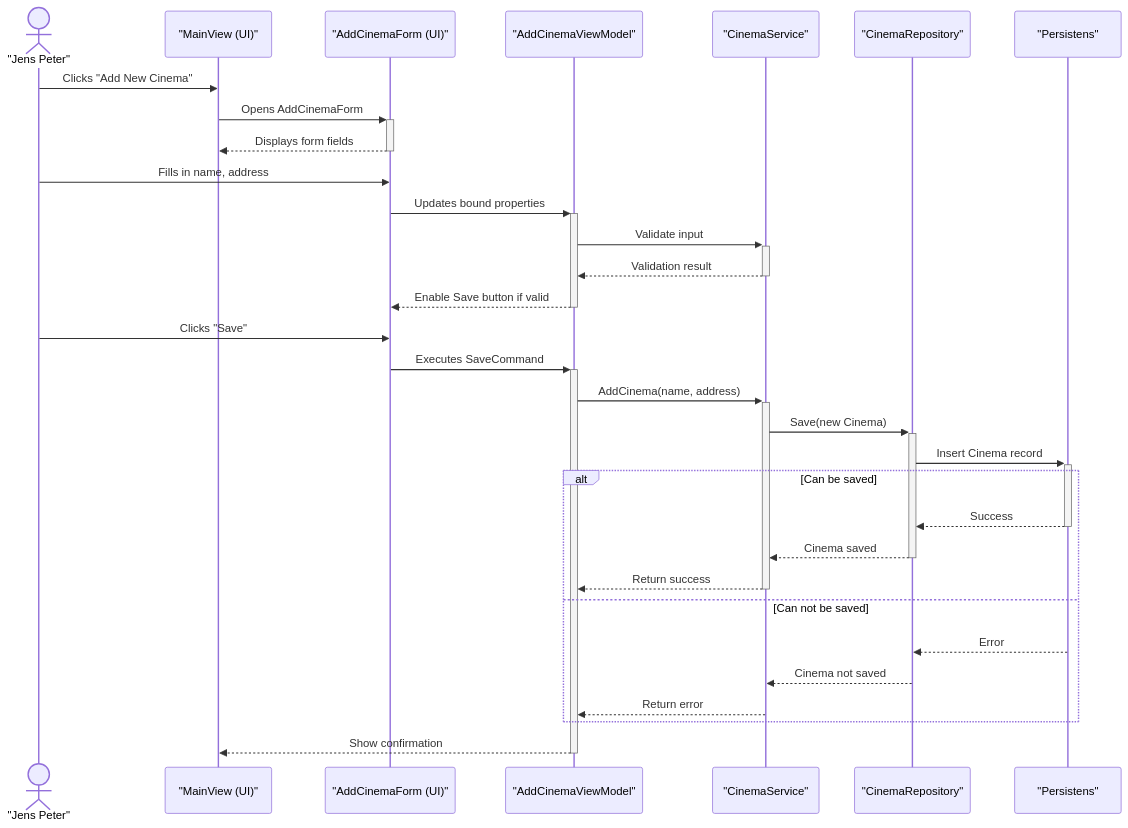
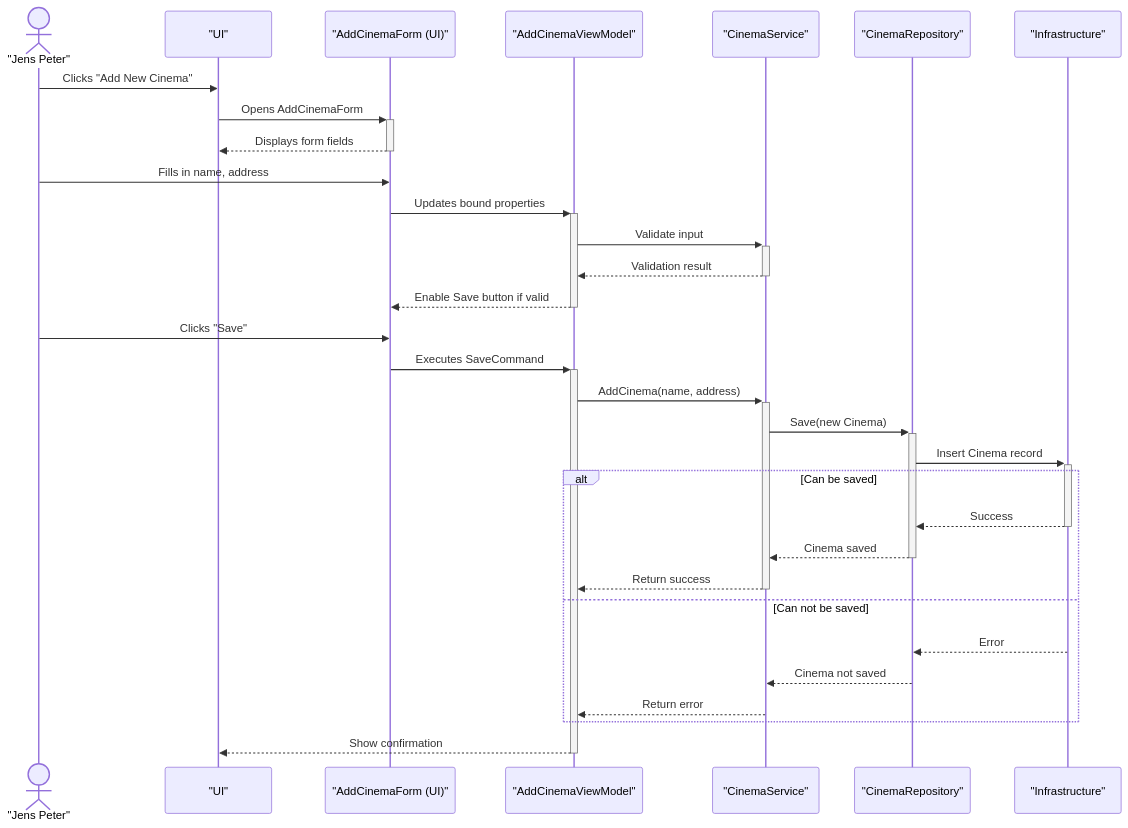
One commit to DMOoF25/TheMovie changed the diagram in docs/SD S2 UC1.mmd. Above: the diagram before and after it, drawn with Mermaid.

Commit message:
Update SD S2 UC1.mmd

```diff
--- a/docs/SD S2 UC1.mmd
+++ b/docs/SD S2 UC1.mmd
@@ -1,36 +1,36 @@
 sequenceDiagram
     actor JensPeter as "Jens Peter"
-    participant UI as "MainView (UI)"
+    participant UI as "UI"
     participant Form as "AddCinemaForm (UI)"
     participant VM as "AddCinemaViewModel"
     participant Service as "CinemaService"
     participant Repo as "CinemaRepository"
-    participant DB as "Persistens"
+    participant DB as "Infrastructure"
 
     JensPeter->>UI: Clicks "Add New Cinema"
     UI->>+Form: Opens AddCinemaForm
     Form-->>-UI: Displays form fields
 
     JensPeter->>Form: Fills in name, address
     Form->>+VM: Updates bound properties
 
     VM->>+Service: Validate input
     Service-->>-VM: Validation result
     VM-->>-Form: Enable Save button if valid
 
     JensPeter->>Form: Clicks "Save"
     Form->>+VM: Executes SaveCommand
 
     VM->>+Service: AddCinema(name, address)
     Service->>+Repo: Save(new Cinema)
     Repo->>+DB: Insert Cinema record
     alt Can be saved
     DB-->>-Repo: Success
     Repo-->>-Service: Cinema saved
     Service-->>-VM: Return success
     else Can not be saved
     DB-->>Repo: Error
     Repo-->>Service: Cinema not saved
     Service-->>VM: Return error
     end
     VM-->>-UI: Show confirmation
```
